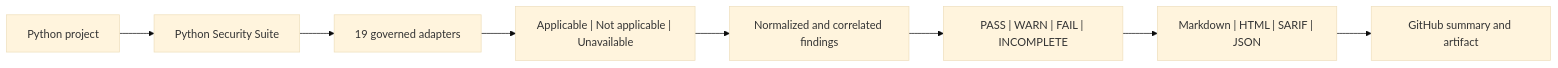
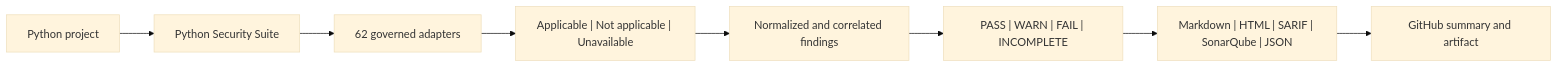
One commit to willtran87/project-py-security-suite changed the diagram in README.md. Above: the diagram before and after it, drawn with Mermaid (base theme). The commit also changed other lines of this file and 140 other files, not shown here.

````diff
--- a/README.md
+++ b/README.md
@@ -37,10 +56,10 @@
 ```mermaid
 flowchart LR
     Project["Python project"] --> Suite["Python Security Suite"]
-    Suite --> Tools["19 governed adapters"]
+    Suite --> Tools["62 governed adapters"]
     Tools --> Applicability["Applicable | Not applicable | Unavailable"]
     Applicability --> Findings["Normalized and correlated findings"]
     Findings --> Policy["PASS | WARN | FAIL | INCOMPLETE"]
-    Policy --> Reports["Markdown | HTML | SARIF | JSON"]
+    Policy --> Reports["Markdown | HTML | SARIF | SonarQube | JSON"]
     Reports --> GitHub["GitHub summary and artifact"]
 ```
````
